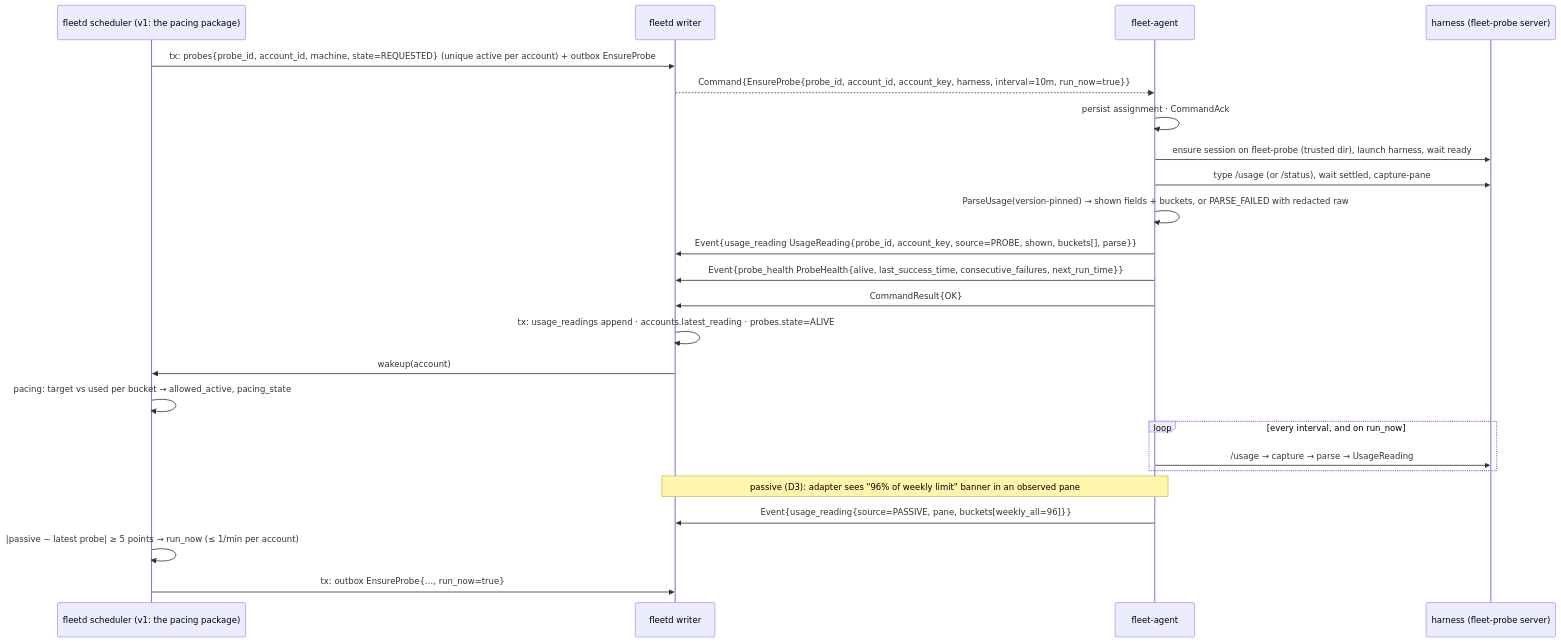
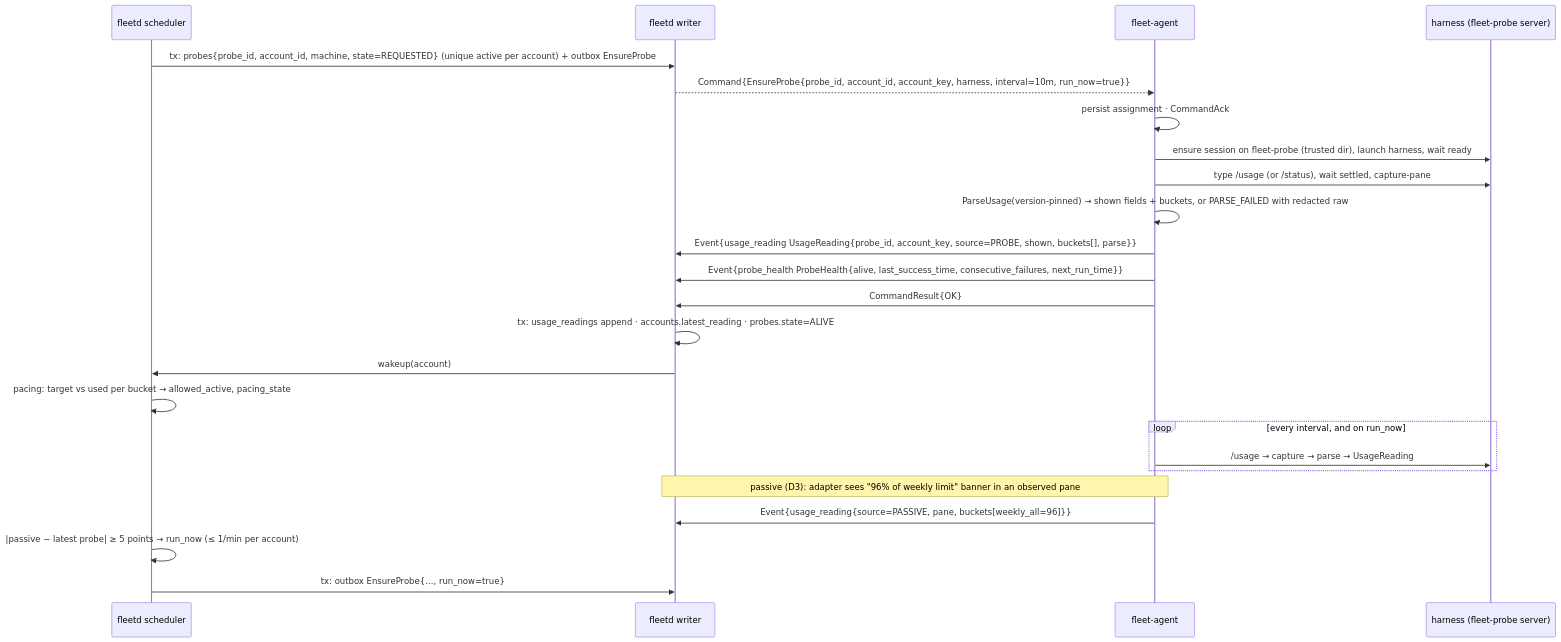
Before and after one commit to linuxdynasty/fleet-board: the first of 4 diagrams in docs/specs/03b-usage-and-sync.md, drawn with Mermaid. The commit also changed other lines of this file and 57 other files, not shown here.

````diff
--- a/docs/specs/03b-usage-and-sync.md
+++ b/docs/specs/03b-usage-and-sync.md
@@ -16,26 +16,26 @@
 ```mermaid
 sequenceDiagram
-  participant S as fleetd scheduler (v1: the pacing package)
+  participant S as fleetd scheduler
   participant W as fleetd writer
   participant A as fleet-agent
   participant P as harness (fleet-probe server)
   S->>W: tx: probes{probe_id, account_id, machine, state=REQUESTED} (unique active per account) + outbox EnsureProbe
   W-->>A: Command{EnsureProbe{probe_id, account_id, account_key, harness, interval=10m, run_now=true}}
   A->>A: persist assignment · CommandAck
   A->>P: ensure session on fleet-probe (trusted dir), launch harness, wait ready
   A->>P: type /usage (or /status), wait settled, capture-pane
   A->>A: ParseUsage(version-pinned) → shown fields + buckets, or PARSE_FAILED with redacted raw
   A->>W: Event{usage_reading UsageReading{probe_id, account_key, source=PROBE, shown, buckets[], parse}}
   A->>W: Event{probe_health ProbeHealth{alive, last_success_time, consecutive_failures, next_run_time}}
   A->>W: CommandResult{OK}
   W->>W: tx: usage_readings append · accounts.latest_reading · probes.state=ALIVE
   W->>S: wakeup(account)
   S->>S: pacing: target vs used per bucket → allowed_active, pacing_state
   loop every interval, and on run_now
     A->>P: /usage → capture → parse → UsageReading
   end
   Note over A,W: passive (D3): adapter sees "96% of weekly limit" banner in an observed pane
   A->>W: Event{usage_reading{source=PASSIVE, pane, buckets[weekly_all=96]}}
   S->>S: |passive − latest probe| ≥ 5 points → run_now (≤ 1/min per account)
   S->>W: tx: outbox EnsureProbe{…, run_now=true}
 ```
````
